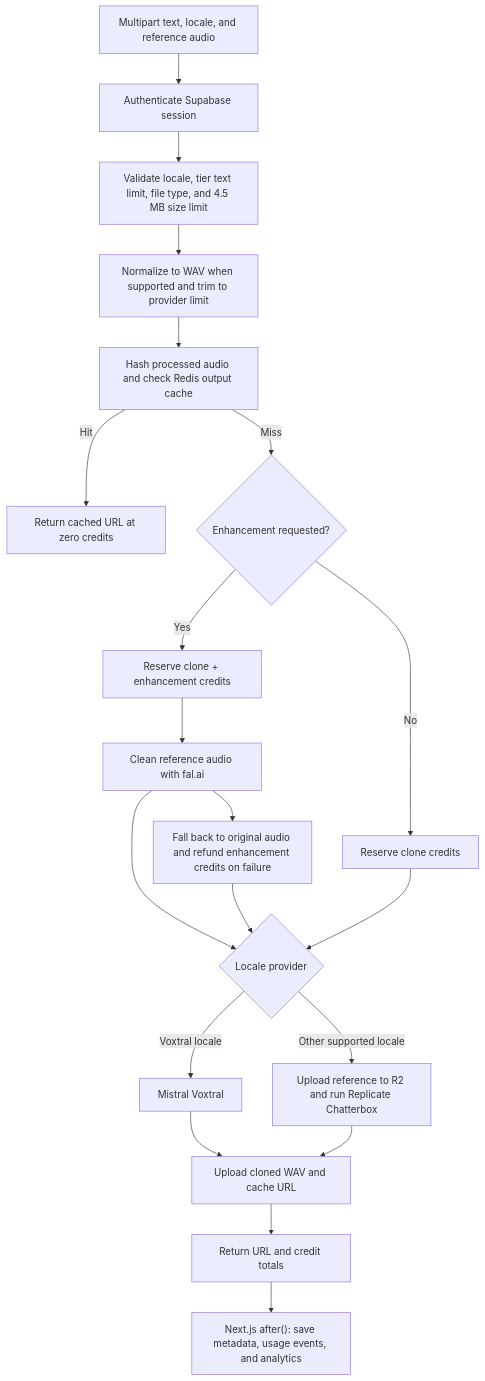
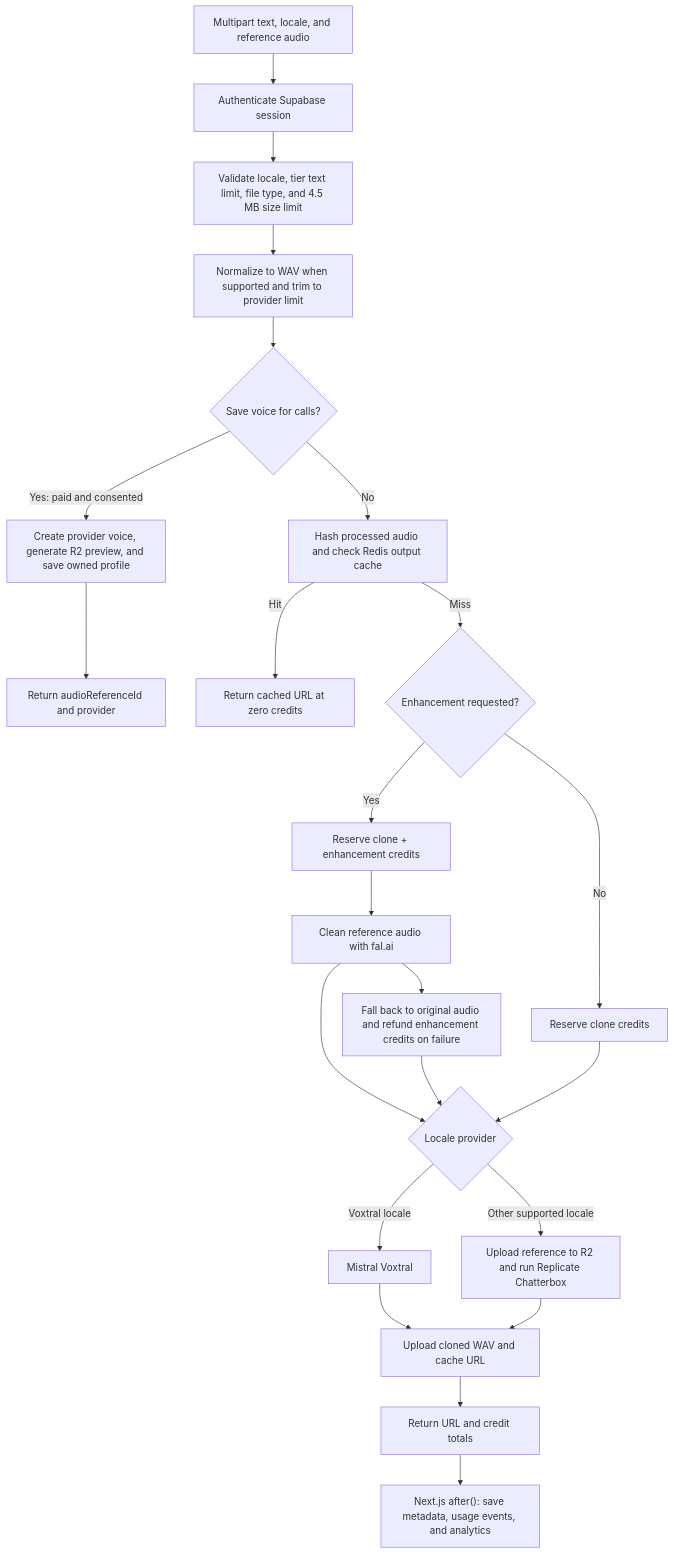
The fourth of 5 diagrams in ARCHITECTURE.md (gianpaj/sexyvoice), drawn with Mermaid before and after one commit. The commit also changed other lines of this file and 230 other files, not shown here.

````diff
--- a/ARCHITECTURE.md
+++ b/ARCHITECTURE.md
@@ -212,22 +212,25 @@
 ```mermaid
 flowchart TD
     A["Multipart text, locale, and reference audio"] --> B["Authenticate Supabase session"]
     B --> C["Validate locale, tier text limit, file type, and 4.5 MB size limit"]
     C --> D["Normalize to WAV when supported and trim to provider limit"]
-    D --> E["Hash processed audio and check Redis output cache"]
+    D --> S{"Save voice for calls?"}
+    S -->|"Yes: paid and consented"| T["Create provider voice, generate R2 preview, and save owned profile"]
+    T --> U["Return audioReferenceId and provider"]
+    S -->|"No"| E["Hash processed audio and check Redis output cache"]
     E -->|"Hit"| F["Return cached URL at zero credits"]
     E -->|"Miss"| G{"Enhancement requested?"}
     G -->|"Yes"| H["Reserve clone + enhancement credits"]
     H --> I["Clean reference audio with fal.ai"]
     I --> J["Fall back to original audio and refund enhancement credits on failure"]
     G -->|"No"| K["Reserve clone credits"]
     I --> L{"Locale provider"}
     J --> L
     K --> L
     L -->|"Voxtral locale"| M["Mistral Voxtral"]
     L -->|"Other supported locale"| N["Upload reference to R2 and run Replicate Chatterbox"]
     M --> O["Upload cloned WAV and cache URL"]
     N --> O
     O --> P["Return URL and credit totals"]
     P --> Q["Next.js after(): save metadata, usage events, and analytics"]
 ```
````
